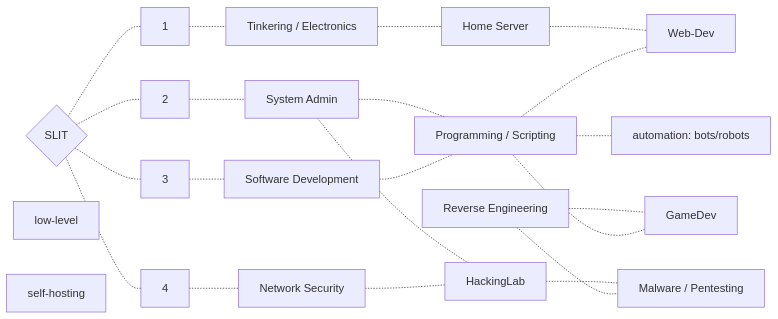
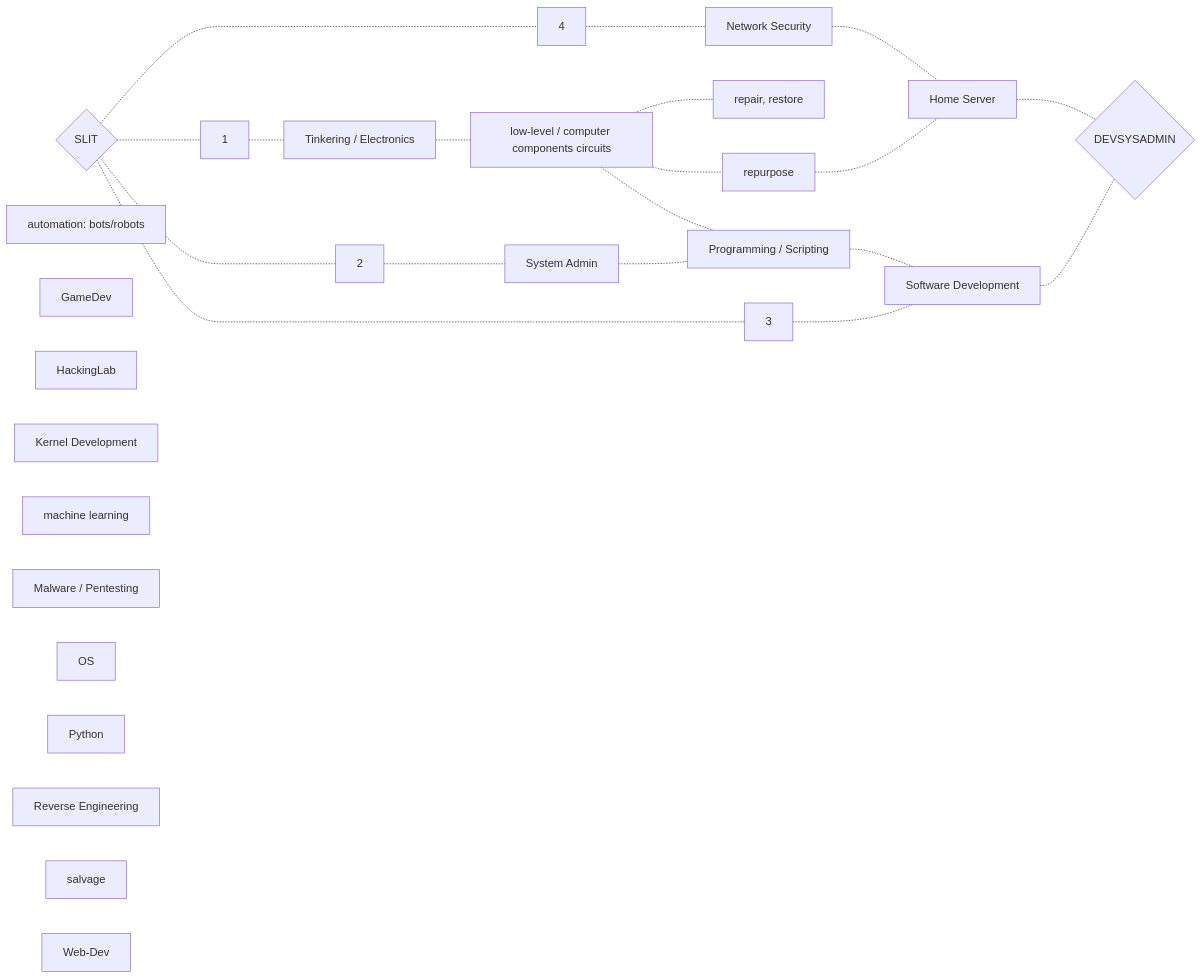
The second of 7 diagrams in graphs-sandbox.md (pabloqpacin/SLIT), drawn with Mermaid before and after one commit. The commit also changed other lines of this file and 1 other file, not shown here.

````diff
--- a/graphs-sandbox.md
+++ b/graphs-sandbox.md
@@ -54,51 +54,57 @@
 ```mermaid
 flowchart LR;
 
 SLIT{SLIT}
 
-
 AI[automation: bots/robots]
+D{DEVSYSADMIN}
 GD[GameDev]
-LL[low-level]
+LL[low-level / computer components circuits]
 HS[Home Server]
 HL[HackingLab]
+KD[Kernel Development]
+ml[machine learning]
 MP[Malware / Pentesting]
 NS[Network Security]
+OS[OS]
+py[Python]
 PS[Programming / Scripting]
 RE[Reverse Engineering]
+repair[repair, restore]
+repurpose[repurpose]
 SA[System Admin]
-SH[self-hosting]
+salvage[salvage]
 SD[Software Development]
 TE[Tinkering / Electronics]
 WD[Web-Dev]
 
 
 
 
+SLIT .- 4 .- NS
+    NS .- HS
 
 
 SLIT .- 1 .- TE
-    TE .- HS
-        HS .- WD
-
+    TE .- LL
+        LL .- repair
+        LL .- repurpose
+            repurpose .- HS
+                HS .- D
+        LL .- PS
+  
 
 SLIT .- 2 .- SA
     SA .- PS
-    SA .- HL
-        HL .- MP
-            RE .- MP
-            RE .- GD
+        PS .- SD
+
 
 
 SLIT .- 3 .- SD
-    SD .- PS
-        PS .- AI
-        PS .- WD
-        PS .- GD
+    SD .- D
 
 
-SLIT .- 4 .- NS
-    NS .- HL
+
 
 
 ```
````
